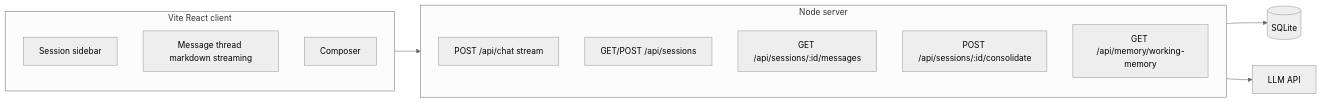
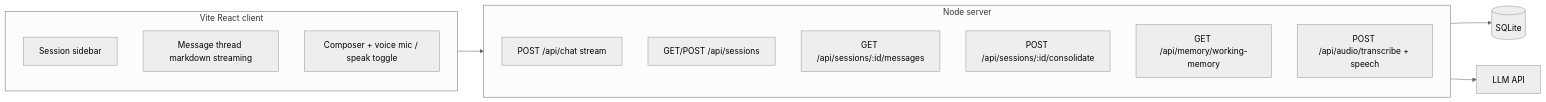
One commit to LeTanque/holly changed the second of 2 diagrams in README.md. Above: the diagram before and after it, drawn with Mermaid (neutral theme). The commit also changed other lines of this file and 16 other files, not shown here.

````diff
--- a/README.md
+++ b/README.md
@@ -147,20 +159,21 @@
 ```mermaid
 flowchart LR
   subgraph frontend [Vite React client]
     sidebar[Session sidebar]
     thread[Message thread markdown streaming]
-    composer[Composer]
+    composer[Composer + voice mic / speak toggle]
   end
 
   subgraph backend [Node server]
     chatRoute[POST /api/chat stream]
     sessionsRoute[GET/POST /api/sessions]
     messagesRoute[GET /api/sessions/:id/messages]
     consolidateRoute[POST /api/sessions/:id/consolidate]
     memoryRoute[GET /api/memory/working-memory]
+    audioRoute[POST /api/audio/transcribe + speech]
   end
 
   frontend --> backend
   backend --> sqlite[(SQLite)]
   backend --> llm[LLM API]
 ```
````
